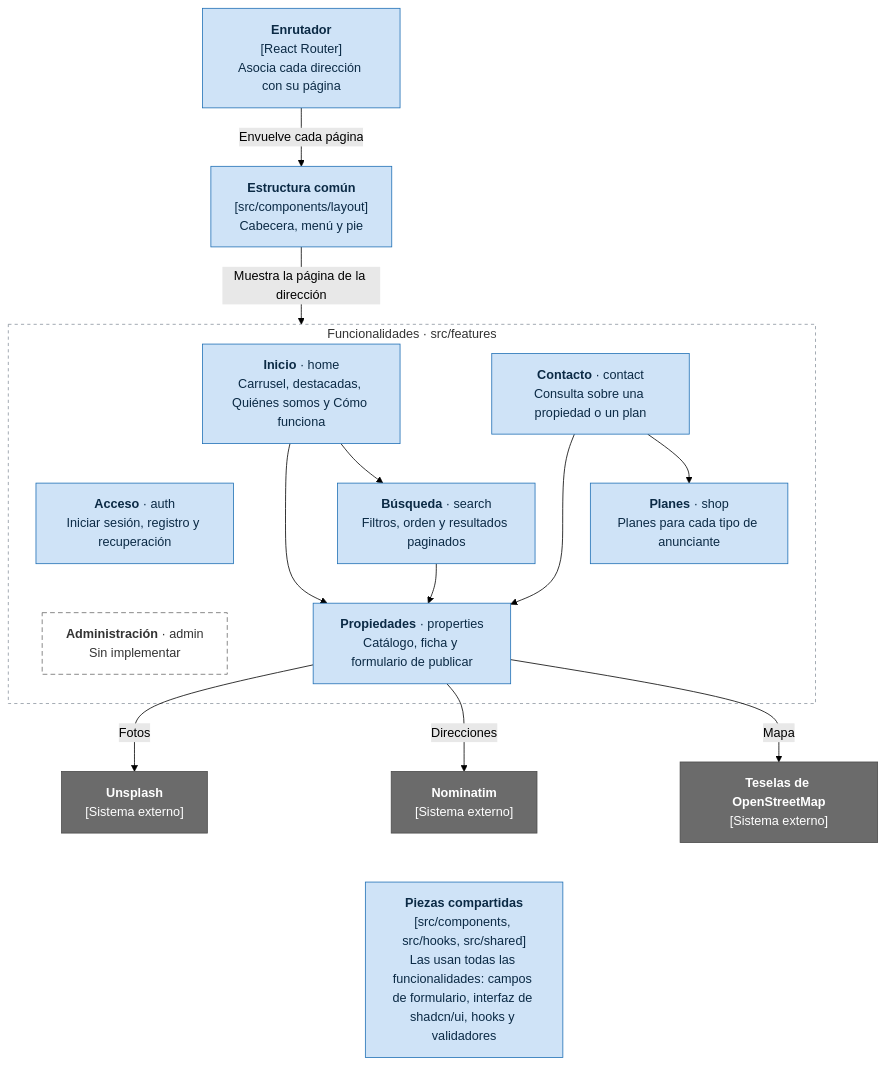
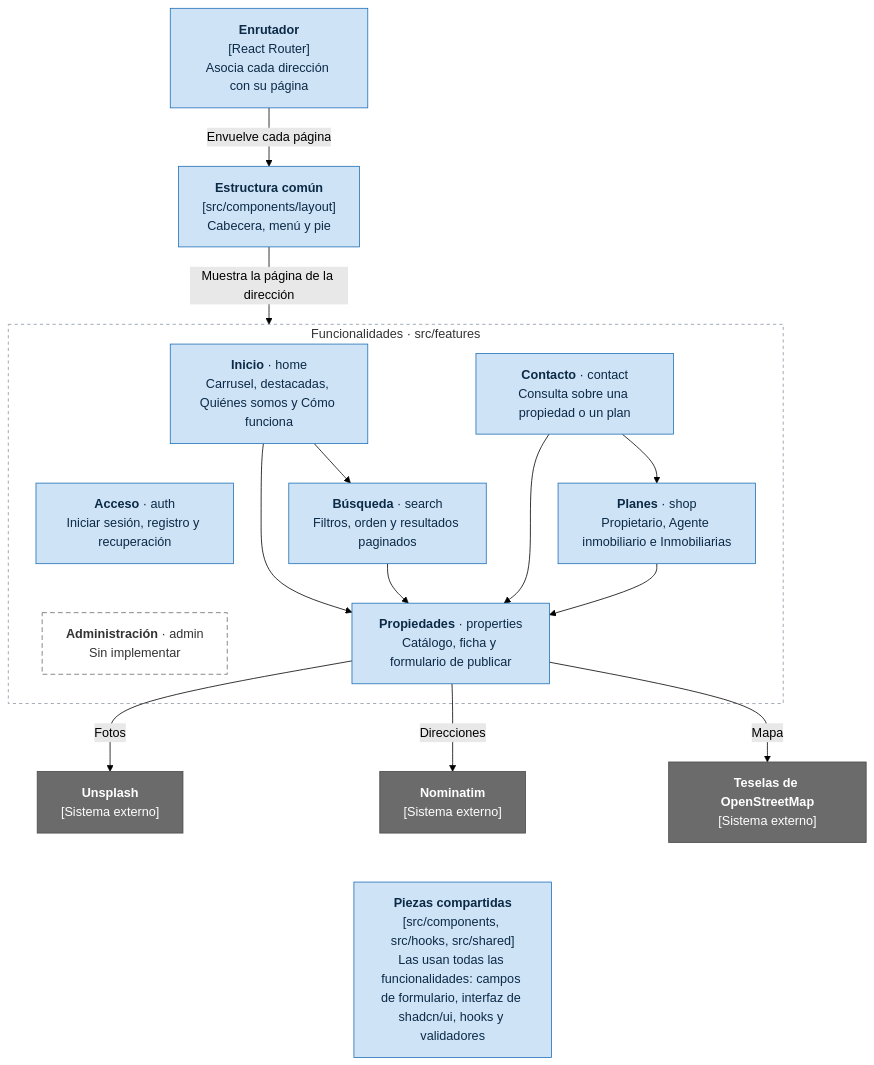
One commit to jespinal899/raizMotor changed the fourth of 6 diagrams in docs/arquitectura.md. Above: the diagram before and after it, drawn with Mermaid (forest theme). The commit also changed other lines of this file and 1 other file, not shown here.

Commit message:
docs: documenta los planes y el límite de la publicación gratuita
El README refleja los tres planes y que a publicar se llega desde ellos,
y deja como pendiente definir los planes de pago y contar la publicación
gratuita por cuenta en lugar de por navegador.

La arquitectura añade que Planes lee de Propiedades los límites del plan
gratuito y cómo se comporta el límite al reintentar un envío.

````diff
--- a/docs/arquitectura.md
+++ b/docs/arquitectura.md
@@ -125,47 +125,48 @@
 ```mermaid
 %%{init: {"flowchart": {"wrappingWidth": 190}}}%%
 flowchart TB
     accTitle: Componentes de la aplicación web
-    accDescr: El enrutador muestra, dentro de la estructura común, la página de cada funcionalidad. Inicio usa Búsqueda y Propiedades, Búsqueda usa Propiedades y Contacto usa Propiedades y Planes. Propiedades consulta los sistemas externos. Todas usan las piezas compartidas.
+    accDescr: El enrutador muestra, dentro de la estructura común, la página de cada funcionalidad. Inicio usa Búsqueda y Propiedades, Búsqueda usa Propiedades, Contacto usa Propiedades y Planes, y Planes usa Propiedades. Propiedades consulta los sistemas externos. Todas usan las piezas compartidas.
 
     router["<b>Enrutador</b><br/>[React Router]<br/>Asocia cada dirección con su página"]
     layout["<b>Estructura común</b><br/>[src/components/layout]<br/>Cabecera, menú y pie"]
 
     subgraph features ["Funcionalidades · src/features"]
         home["<b>Inicio</b> · home<br/>Carrusel, destacadas, Quiénes somos y Cómo funciona"]
         contact["<b>Contacto</b> · contact<br/>Consulta sobre una propiedad o un plan"]
         auth["<b>Acceso</b> · auth<br/>Iniciar sesión, registro y recuperación"]
         search["<b>Búsqueda</b> · search<br/>Filtros, orden y resultados paginados"]
-        shop["<b>Planes</b> · shop<br/>Planes para cada tipo de anunciante"]
+        shop["<b>Planes</b> · shop<br/>Propietario, Agente inmobiliario e Inmobiliarias"]
         admin["<b>Administración</b> · admin<br/>Sin implementar"]
         properties["<b>Propiedades</b> · properties<br/>Catálogo, ficha y formulario de publicar"]
 
         home --> search --> properties
         home --> properties
         contact --> shop
         contact --> properties
+        shop --> properties
         %% Enlaces invisibles: solo ordenan las cajas en tres columnas para que el diagrama no se ensanche.
         contact ~~~ search
         auth ~~~ admin
     end
 
     tiles["<b>Teselas de OpenStreetMap</b><br/>[Sistema externo]"]
     nominatim["<b>Nominatim</b><br/>[Sistema externo]"]
     unsplash["<b>Unsplash</b><br/>[Sistema externo]"]
     shared["<b>Piezas compartidas</b><br/>[src/components, src/hooks, src/shared]<br/>Las usan todas las funcionalidades: campos de formulario, interfaz de shadcn/ui, hooks y validadores"]
 
     router -- "Envuelve cada página" --> layout
     layout -- "Muestra la página de la dirección" --> features
     properties -- "Mapa" --> tiles
     properties -- "Direcciones" --> nominatim
     properties -- "Fotos" --> unsplash
     nominatim ~~~ shared
 
     classDef componente fill:#cfe3f7,stroke:#1f6fb5,color:#0b2a45
     classDef externo fill:#6b6b6b,stroke:#4a4a4a,color:#fff
     classDef pendiente fill:#fff,stroke:#6b6b6b,color:#333,stroke-dasharray:6 4
     class router,layout,home,search,properties,contact,shop,auth,shared componente
     class tiles,nominatim,unsplash externo
     class admin pendiente
     style features fill:none,stroke:#8c959f,stroke-dasharray:4 4
 ```
````
